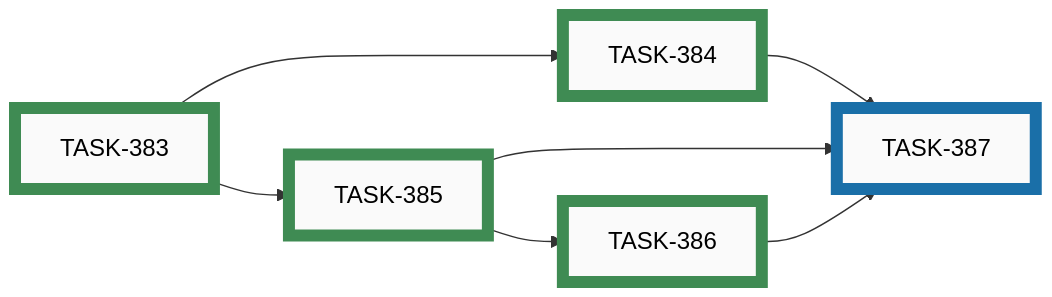
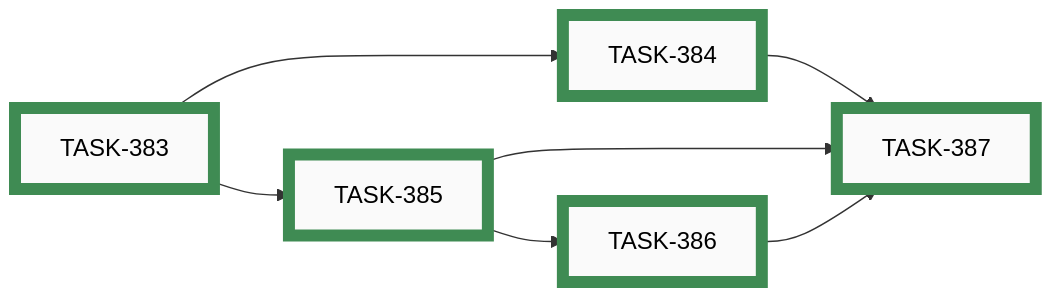
One commit to tgd1975/AwesomeGuitarPedal changed the tenth of 11 diagrams in docs/developers/tasks/EPICS.md. Above: the diagram before and after it, drawn with Mermaid. The commit also changed other lines of this file and 4 other files, not shown here.

First line of the commit message:
close TASK-387 + close EPIC-030: wiring test tool — final bindings, ? legend, builder doc

````diff
--- a/docs/developers/tasks/EPICS.md
+++ b/docs/developers/tasks/EPICS.md
@@ -374,27 +374,27 @@
 ```mermaid
 graph LR
-    TASK_387["TASK-387"]:::active
     TASK_383["TASK-383"]:::closed
     TASK_384["TASK-384"]:::closed
     TASK_385["TASK-385"]:::closed
     TASK_386["TASK-386"]:::closed
+    TASK_387["TASK-387"]:::closed
+    TASK_383 --> TASK_384
+    TASK_383 --> TASK_385
+    TASK_385 --> TASK_386
     TASK_384 --> TASK_387
     TASK_385 --> TASK_387
     TASK_386 --> TASK_387
-    TASK_383 --> TASK_384
-    TASK_383 --> TASK_385
-    TASK_385 --> TASK_386
-    click TASK_387 "active/task-387-wiring-test-tool-final-bindings-help-legend-builder-doc.md"
     click TASK_383 "closed/task-383-wiring-test-tool-env-makefile-scaffolding.md"
     click TASK_384 "closed/task-384-wiring-test-tool-button-mode.md"
     click TASK_385 "closed/task-385-wiring-test-tool-led-group-modes.md"
     click TASK_386 "closed/task-386-wiring-test-tool-led-individual-mode.md"
+    click TASK_387 "closed/task-387-wiring-test-tool-final-bindings-help-legend-builder-doc.md"
     classDef open    fill:#FAFAFA,stroke:#555,stroke-width:8px,color:#000
     classDef active  fill:#FAFAFA,stroke:#1A6FA8,stroke-width:8px,color:#000
     classDef closed  fill:#FAFAFA,stroke:#3F8B53,stroke-width:8px,color:#000
     classDef paused  fill:#FAFAFA,stroke:#B07810,stroke-width:8px,color:#000
     classDef openExt    fill:#000,stroke:#888,stroke-width:8px,color:#FFF
     classDef activeExt  fill:#000,stroke:#3FA9F5,stroke-width:8px,color:#FFF
     classDef closedExt  fill:#000,stroke:#7CC68A,stroke-width:8px,color:#FFF
     classDef pausedExt  fill:#000,stroke:#F0B030,stroke-width:8px,color:#FFF
 ```
````
